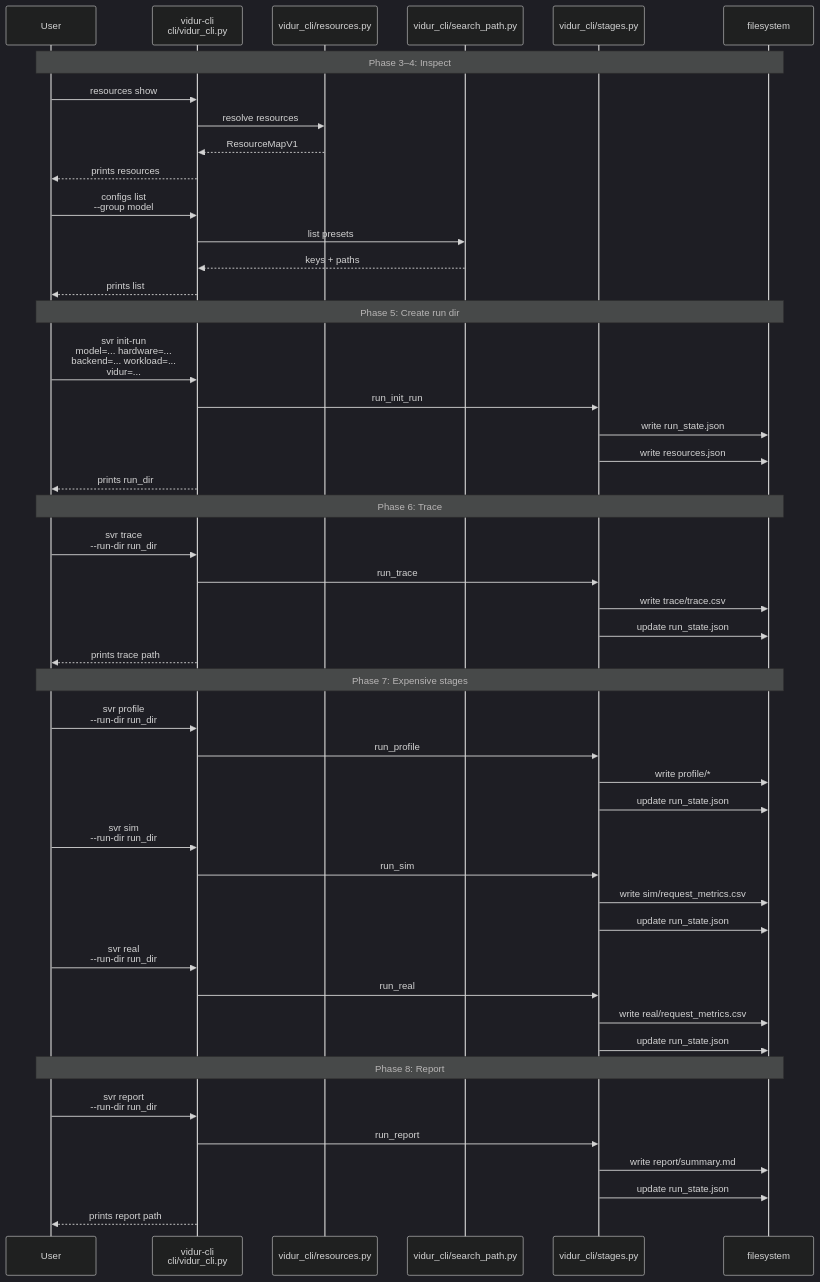
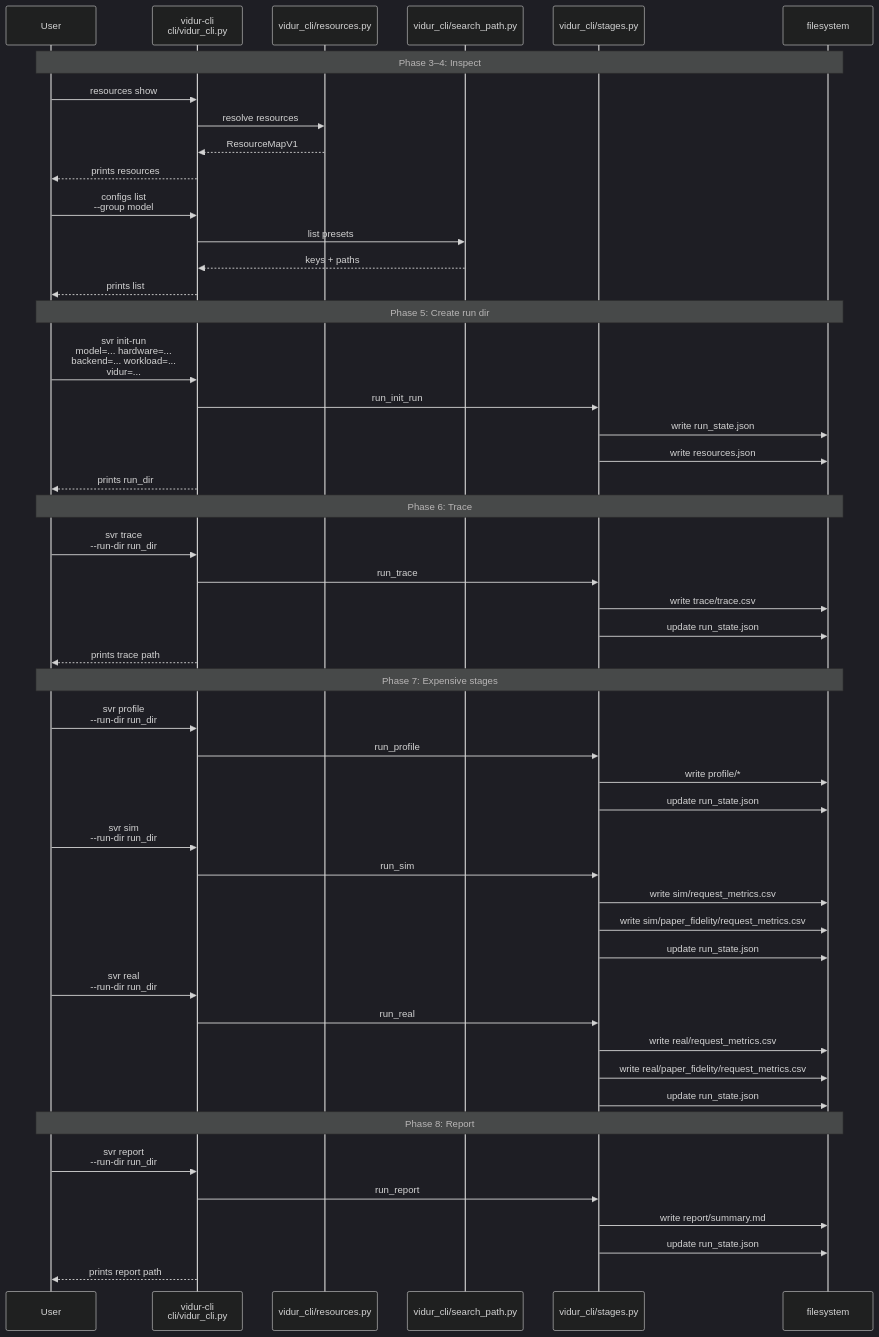
The first of 5 diagrams in context/tasks/working/004-vidur-cli/impl-integrate-phases.md (CodeGandee/gpu-simulate-test), drawn with Mermaid (dark theme) before and after one commit. The commit also changed other lines of this file and 32 other files, not shown here.

````diff
--- a/context/tasks/working/004-vidur-cli/impl-integrate-phases.md
+++ b/context/tasks/working/004-vidur-cli/impl-integrate-phases.md
@@ -23,57 +31,59 @@
 ```mermaid
 sequenceDiagram
     participant U as User
     participant CLI as vidur-cli<br/>cli/vidur_cli.py
     participant RES as vidur_cli/resources.py
     participant SP as vidur_cli/search_path.py
     participant ST as vidur_cli/stages.py
     participant FS as filesystem
 
     Note over U,FS: Phase 3–4: Inspect
     U->>CLI: resources show
     CLI->>RES: resolve resources
     RES-->>CLI: ResourceMapV1
     CLI-->>U: prints resources
 
     U->>CLI: configs list<br/>--group model
     CLI->>SP: list presets
     SP-->>CLI: keys + paths
     CLI-->>U: prints list
 
     Note over U,FS: Phase 5: Create run dir
     U->>CLI: svr init-run<br/>model=... hardware=...<br/>backend=... workload=...<br/>vidur=...
     CLI->>ST: run_init_run
     ST->>FS: write run_state.json
     ST->>FS: write resources.json
     CLI-->>U: prints run_dir
 
     Note over U,FS: Phase 6: Trace
     U->>CLI: svr trace<br/>--run-dir run_dir
     CLI->>ST: run_trace
     ST->>FS: write trace/trace.csv
     ST->>FS: update run_state.json
     CLI-->>U: prints trace path
 
     Note over U,FS: Phase 7: Expensive stages
     U->>CLI: svr profile<br/>--run-dir run_dir
     CLI->>ST: run_profile
     ST->>FS: write profile/*
     ST->>FS: update run_state.json
 
     U->>CLI: svr sim<br/>--run-dir run_dir
     CLI->>ST: run_sim
     ST->>FS: write sim/request_metrics.csv
+    ST->>FS: write sim/paper_fidelity/request_metrics.csv
     ST->>FS: update run_state.json
 
     U->>CLI: svr real<br/>--run-dir run_dir
     CLI->>ST: run_real
     ST->>FS: write real/request_metrics.csv
+    ST->>FS: write real/paper_fidelity/request_metrics.csv
     ST->>FS: update run_state.json
 
     Note over U,FS: Phase 8: Report
     U->>CLI: svr report<br/>--run-dir run_dir
     CLI->>ST: run_report
     ST->>FS: write report/summary.md
     ST->>FS: update run_state.json
     CLI-->>U: prints report path
 ```
````
